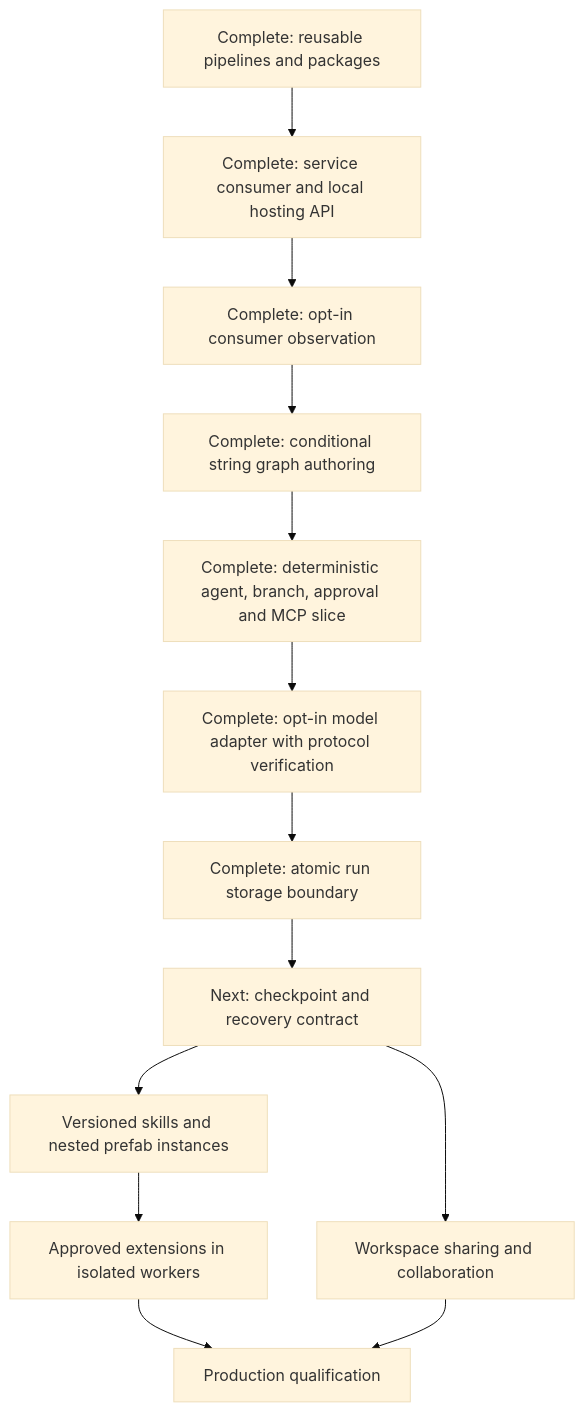
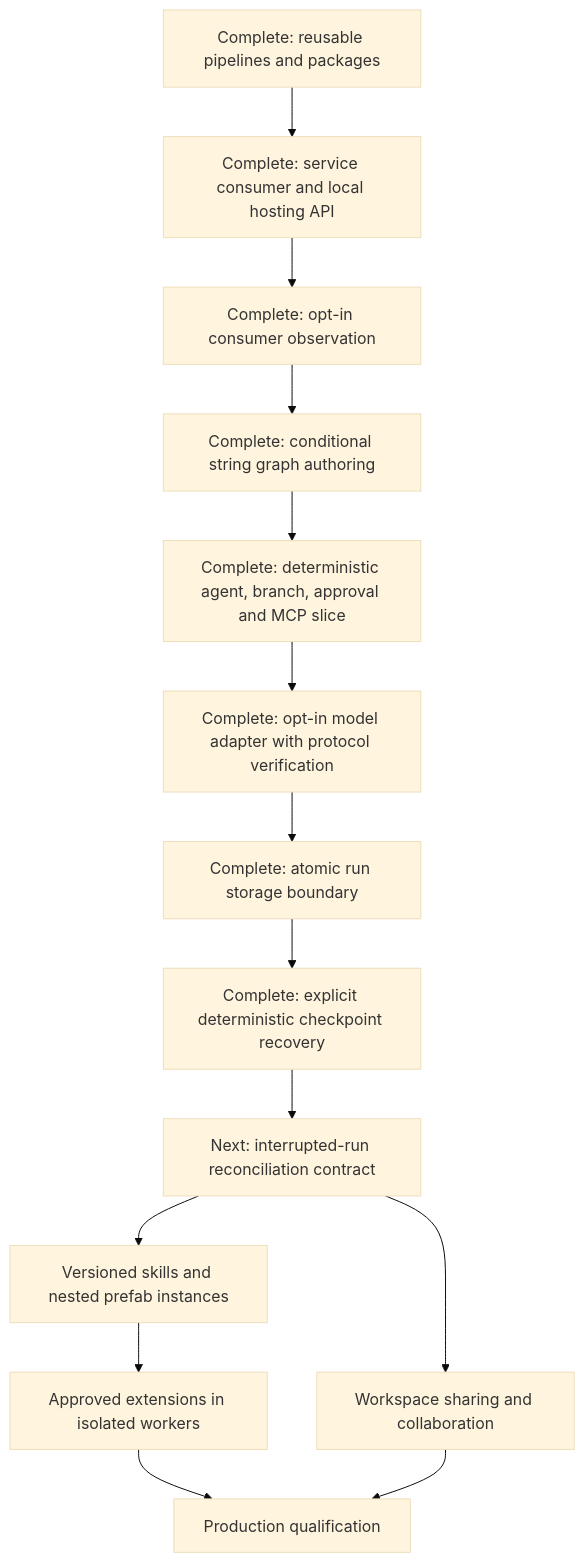
One commit to gnalvesteffer/visual-agent-workflow changed the diagram in docs/roadmap.md. Above: the diagram before and after it, drawn with Mermaid (base theme). The commit also changed other lines of this file and 33 other files, not shown here.

Commit message:
Add native deterministic checkpoint recovery and local ownership

````diff
--- a/docs/roadmap.md
+++ b/docs/roadmap.md
@@ -58,15 +62,16 @@
 ```mermaid
 flowchart TD
     Reuse["Complete: reusable pipelines and packages"] --> Hosting["Complete: service consumer and local hosting API"]
     Hosting --> Observe["Complete: opt-in consumer observation"]
     Observe --> Graph["Complete: conditional string graph authoring"]
     Graph --> Vertical["Complete: deterministic agent, branch, approval and MCP slice"]
     Vertical --> Models["Complete: opt-in model adapter with protocol verification"]
     Models --> Store["Complete: atomic run storage boundary"]
-    Store --> Durable["Next: checkpoint and recovery contract"]
+    Store --> Recovery["Complete: explicit deterministic checkpoint recovery"]
+    Recovery --> Durable["Next: interrupted-run reconciliation contract"]
     Durable --> Assets["Versioned skills and nested prefab instances"]
     Assets --> Extensions["Approved extensions in isolated workers"]
     Durable --> Collaboration["Workspace sharing and collaboration"]
     Extensions --> Production["Production qualification"]
     Collaboration --> Production
 ```
````
